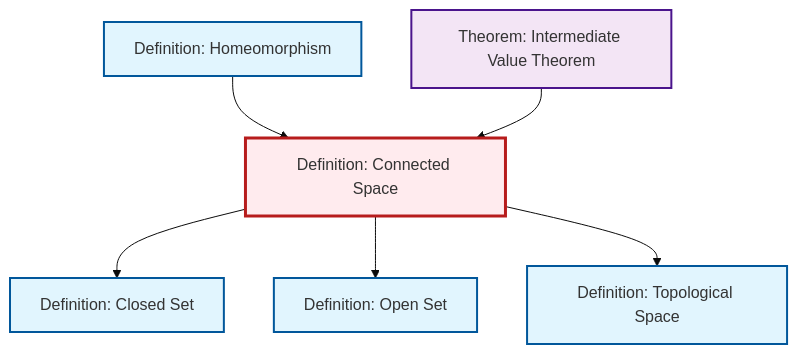
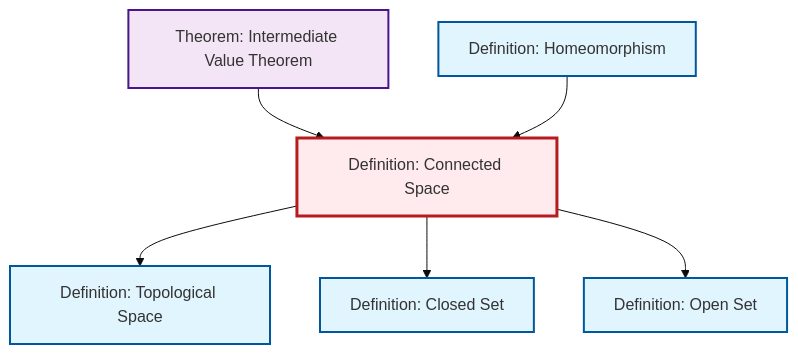
One commit to RK0429/ModernMath changed the diagram in content/ja/topology/def-connected.qmd. Above: the diagram before and after it, drawn with Mermaid (base theme). The commit also changed other lines of this file and 597 other files, not shown here.

````diff
--- a/content/ja/topology/def-connected.qmd
+++ b/content/ja/topology/def-connected.qmd
@@ -50,26 +50,26 @@
 ```{mermaid}
 %%| fig-cap: "Local dependency graph"
 graph TD
     classDef definition fill:#e1f5fe,stroke:#01579b,stroke-width:2px
     classDef theorem fill:#f3e5f5,stroke:#4a148c,stroke-width:2px
     classDef axiom fill:#fff3e0,stroke:#e65100,stroke-width:2px
     classDef example fill:#e8f5e9,stroke:#1b5e20,stroke-width:2px
     classDef current fill:#ffebee,stroke:#b71c1c,stroke-width:3px
-    def-connected["Definition: Connected Space"]:::definition
     def-closed-set["Definition: Closed Set"]:::definition
-    def-open-set["Definition: Open Set"]:::definition
     thm-intermediate-value["Theorem: Intermediate Value Theorem"]:::theorem
     def-topological-space["Definition: Topological Space"]:::definition
+    def-connected["Definition: Connected Space"]:::definition
     def-homeomorphism["Definition: Homeomorphism"]:::definition
-    def-homeomorphism --> def-connected
+    def-open-set["Definition: Open Set"]:::definition
+    def-connected --> def-topological-space
     thm-intermediate-value --> def-connected
     def-connected --> def-closed-set
+    def-homeomorphism --> def-connected
     def-connected --> def-open-set
-    def-connected --> def-topological-space
     class def-connected current
     click def-closed-set "def-closed-set.html" "Definition: Closed Setへ"
-    click def-open-set "def-open-set.html" "Definition: Open Setへ"
     click thm-intermediate-value "thm-intermediate-value.html" "Theorem: Intermediate Value Theoremへ"
     click def-topological-space "def-topological-space.html" "Definition: Topological Spaceへ"
     click def-homeomorphism "def-homeomorphism.html" "Definition: Homeomorphismへ"
+    click def-open-set "def-open-set.html" "Definition: Open Setへ"
 ```
````
